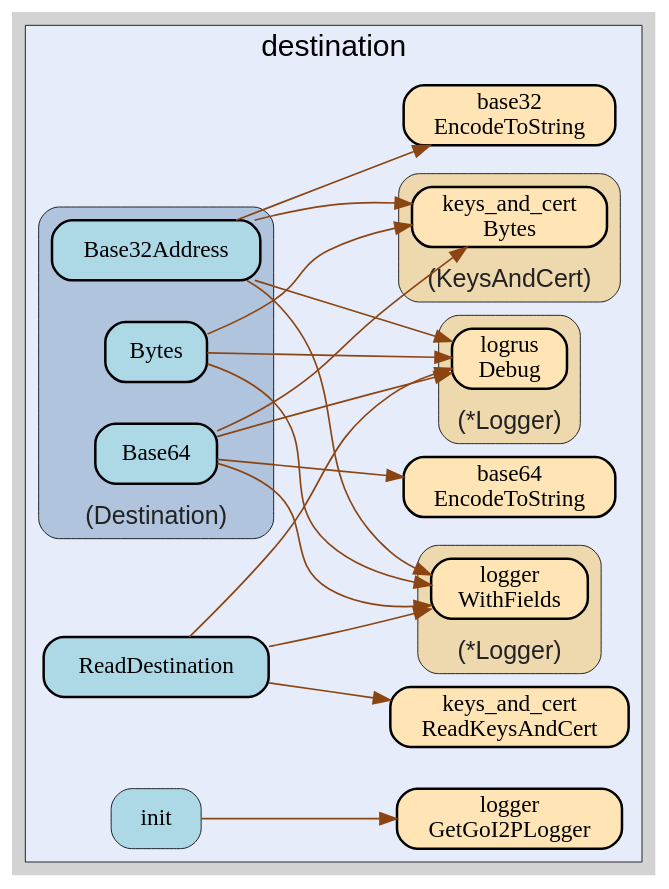
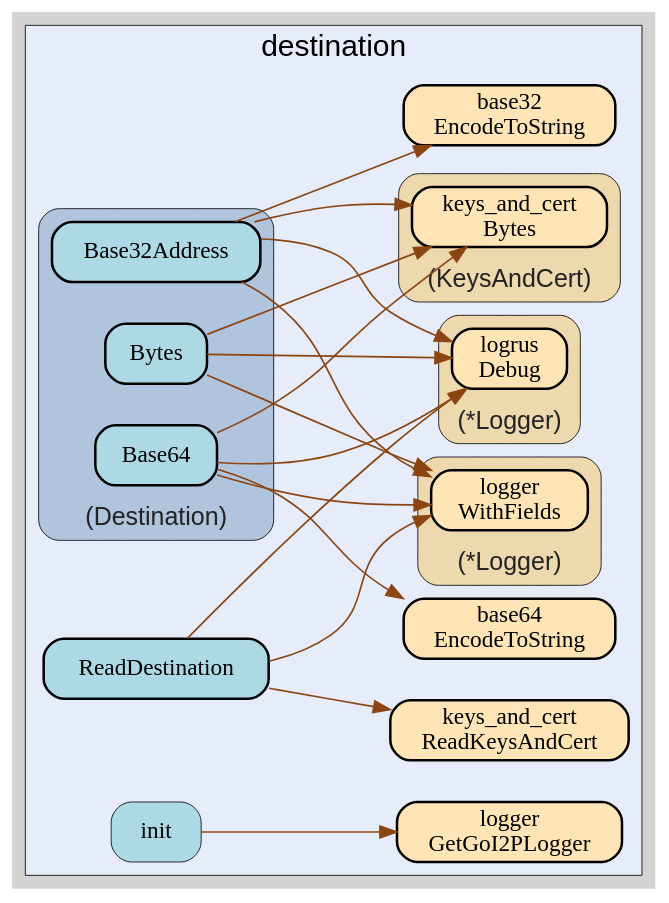
The diagram in destination/destination.gv (go-i2p/common), drawn with Graphviz before and after one commit. The commit also changed 46 other files, not shown here.

```diff
--- a/destination/destination.gv
+++ b/destination/destination.gv
@@ -14,66 +14,22 @@
     edge [minlen="2"]
 
     subgraph "cluster_focus" {
-        labelloc="t";
+        bgcolor="#e6ecfa";
+label="destination";
+labelloc="t";
 labeljust="c";
 fontsize="18";
-bgcolor="#e6ecfa";
-label="destination";
         
-        "github.com/go-i2p/common/destination.init" [ penwidth="0.5" tooltip="github.com/go-i2p/common/destination.init | defined in .:0\nat utils.go:9: calling [github.com/go-i2p/logger.GetGoI2PLogger]" fillcolor="lightblue" label="init" ]
-        "github.com/go-i2p/logger.GetGoI2PLogger" [ penwidth="1.5" tooltip="github.com/go-i2p/logger.GetGoI2PLogger | defined in log.go:120" fillcolor="moccasin" label="logger\nGetGoI2PLogger" ]
-        "github.com/go-i2p/common/base32.EncodeToString" [ fillcolor="moccasin" label="base32\nEncodeToString" penwidth="1.5" tooltip="github.com/go-i2p/common/base32.EncodeToString | defined in utils.go:5" ]
-        "github.com/go-i2p/common/destination.ReadDestination" [ fillcolor="lightblue" label="ReadDestination" penwidth="1.5" tooltip="github.com/go-i2p/common/destination.ReadDestination | defined in destination_struct.go:37\nat destination_struct.go:42: calling [github.com/go-i2p/common/keys_and_cert.ReadKeysAndCert]\nat destination_struct.go:38: calling [(*github.com/go-i2p/logger.Logger).WithFields]\nat destination_struct.go:47: calling [(*github.com/go-i2p/logger.Logger).WithFields]\nat destination_struct.go:40: calling [(*github.com/sirupsen/logrus.Logger).Debug]\nat destination_struct.go:49: calling [(*github.com/sirupsen/logrus.Logger).Debug]" ]
-        "github.com/go-i2p/common/keys_and_cert.ReadKeysAndCert" [ tooltip="github.com/go-i2p/common/keys_and_cert.ReadKeysAndCert | defined in keys_and_cert_struct.go:201" fillcolor="moccasin" label="keys_and_cert\nReadKeysAndCert" penwidth="1.5" ]
-        "github.com/go-i2p/common/base64.EncodeToString" [ label="base64\nEncodeToString" penwidth="1.5" tooltip="github.com/go-i2p/common/base64.EncodeToString | defined in utils.go:12" fillcolor="moccasin" ]
+        "github.com/go-i2p/common/base32.EncodeToString" [ fillcolor="moccasin" label="base32\nEncodeToString" penwidth="1.5" tooltip="github.com/go-i2p/common/base32.EncodeToString | defined in utils.go:8" ]
+        "github.com/go-i2p/common/destination.ReadDestination" [ fillcolor="lightblue" label="ReadDestination" penwidth="1.5" tooltip="github.com/go-i2p/common/destination.ReadDestination | defined in destination_struct.go:37\nat destination_struct.go:38: calling [(*github.com/go-i2p/logger.Logger).WithFields]\nat destination_struct.go:47: calling [(*github.com/go-i2p/logger.Logger).WithFields]\nat destination_struct.go:40: calling [(*github.com/sirupsen/logrus.Logger).Debug]\nat destination_struct.go:49: calling [(*github.com/sirupsen/logrus.Logger).Debug]\nat destination_struct.go:42: calling [github.com/go-i2p/common/keys_and_cert.ReadKeysAndCert]" ]
+        "github.com/go-i2p/common/keys_and_cert.ReadKeysAndCert" [ fillcolor="moccasin" label="keys_and_cert\nReadKeysAndCert" penwidth="1.5" tooltip="github.com/go-i2p/common/keys_and_cert.ReadKeysAndCert | defined in keys_and_cert_struct.go:201" ]
+        "github.com/go-i2p/common/base64.EncodeToString" [ penwidth="1.5" tooltip="github.com/go-i2p/common/base64.EncodeToString | defined in utils.go:22" fillcolor="moccasin" label="base64\nEncodeToString" ]
+        "github.com/go-i2p/common/destination.init" [ fillcolor="lightblue" label="init" penwidth="0.5" tooltip="github.com/go-i2p/common/destination.init | defined in .:0\nat utils.go:9: calling [github.com/go-i2p/logger.GetGoI2PLogger]" ]
+        "github.com/go-i2p/logger.GetGoI2PLogger" [ label="logger\nGetGoI2PLogger" penwidth="1.5" tooltip="github.com/go-i2p/logger.GetGoI2PLogger | defined in log.go:120" fillcolor="moccasin" ]
         
         subgraph "cluster_*github.com/go-i2p/logger.Logger" {
-        fontsize="15";
-fontcolor="#222222";
-labelloc="b";
-style="rounded,filled";
-fillcolor="wheat2";
-label="(*Logger)";
+        label="(*Logger)";
 tooltip="type: *github.com/go-i2p/logger.Logger";
-penwidth="0.5";
-        
-        "(*github.com/go-i2p/logger.Logger).WithFields" [ fillcolor="moccasin" label="logger\nWithFields" penwidth="1.5" tooltip="(*github.com/go-i2p/logger.Logger).WithFields | defined in log.go:60" ]
-        
-    }
-
-        subgraph "cluster_*github.com/sirupsen/logrus.Logger" {
-        fillcolor="wheat2";
-label="(*Logger)";
-tooltip="type: *github.com/sirupsen/logrus.Logger";
-penwidth="0.5";
-fontsize="15";
-fontcolor="#222222";
-labelloc="b";
-style="rounded,filled";
-        
-        "(*github.com/sirupsen/logrus.Logger).Debug" [ fillcolor="moccasin" label="logrus\nDebug" penwidth="1.5" tooltip="(*github.com/sirupsen/logrus.Logger).Debug | defined in logger.go:221" ]
-        
-    }
-
-        subgraph "cluster_github.com/go-i2p/common/destination.Destination" {
-        fontsize="15";
-labelloc="b";
-label="(Destination)";
-tooltip="type: github.com/go-i2p/common/destination.Destination";
-penwidth="0.5";
-fontcolor="#222222";
-style="rounded,filled";
-fillcolor="lightsteelblue";
-        
-        "(github.com/go-i2p/common/destination.Destination).Bytes" [ fillcolor="lightblue" label="Bytes" penwidth="1.5" tooltip="(github.com/go-i2p/common/destination.Destination).Bytes | defined in destination_struct.go:56\nat destination_struct.go:61: calling [(*github.com/go-i2p/logger.Logger).WithFields]\nat destination_struct.go:57: calling [(*github.com/sirupsen/logrus.Logger).Debug]\nat destination_struct.go:63: calling [(*github.com/sirupsen/logrus.Logger).Debug]\nat destination_struct.go:59: calling [(github.com/go-i2p/common/keys_and_cert.KeysAndCert).Bytes]" ]
-        "(github.com/go-i2p/common/destination.Destination).Base32Address" [ tooltip="(github.com/go-i2p/common/destination.Destination).Base32Address | defined in destination_struct.go:69\nat destination_struct.go:77: calling [(*github.com/go-i2p/logger.Logger).WithFields]\nat destination_struct.go:70: calling [(*github.com/sirupsen/logrus.Logger).Debug]\nat destination_struct.go:79: calling [(*github.com/sirupsen/logrus.Logger).Debug]\nat destination_struct.go:74: calling [github.com/go-i2p/common/base32.EncodeToString]\nat destination_struct.go:72: calling [(github.com/go-i2p/common/keys_and_cert.KeysAndCert).Bytes]" fillcolor="lightblue" label="Base32Address" penwidth="1.5" ]
-        "(github.com/go-i2p/common/destination.Destination).Base64" [ tooltip="(github.com/go-i2p/common/destination.Destination).Base64 | defined in destination_struct.go:85\nat destination_struct.go:88: calling [(github.com/go-i2p/common/keys_and_cert.KeysAndCert).Bytes]\nat destination_struct.go:86: calling [(*github.com/sirupsen/logrus.Logger).Debug]\nat destination_struct.go:93: calling [(*github.com/sirupsen/logrus.Logger).Debug]\nat destination_struct.go:89: calling [github.com/go-i2p/common/base64.EncodeToString]\nat destination_struct.go:91: calling [(*github.com/go-i2p/logger.Logger).WithFields]" fillcolor="lightblue" label="Base64" penwidth="1.5" ]
-        
-    }
-
-        subgraph "cluster_github.com/go-i2p/common/keys_and_cert.KeysAndCert" {
-        label="(KeysAndCert)";
-tooltip="type: github.com/go-i2p/common/keys_and_cert.KeysAndCert";
 penwidth="0.5";
 fontsize="15";
 fontcolor="#222222";
@@ -81,25 +37,69 @@
 style="rounded,filled";
 fillcolor="wheat2";
         
+        "(*github.com/go-i2p/logger.Logger).WithFields" [ fillcolor="moccasin" label="logger\nWithFields" penwidth="1.5" tooltip="(*github.com/go-i2p/logger.Logger).WithFields | defined in log.go:60" ]
+        
+    }
+
+        subgraph "cluster_*github.com/sirupsen/logrus.Logger" {
+        fontsize="15";
+fontcolor="#222222";
+labelloc="b";
+style="rounded,filled";
+fillcolor="wheat2";
+label="(*Logger)";
+tooltip="type: *github.com/sirupsen/logrus.Logger";
+penwidth="0.5";
+        
+        "(*github.com/sirupsen/logrus.Logger).Debug" [ fillcolor="moccasin" label="logrus\nDebug" penwidth="1.5" tooltip="(*github.com/sirupsen/logrus.Logger).Debug | defined in logger.go:221" ]
+        
+    }
+
+        subgraph "cluster_github.com/go-i2p/common/destination.Destination" {
+        penwidth="0.5";
+fontcolor="#222222";
+fillcolor="lightsteelblue";
+fontsize="15";
+labelloc="b";
+style="rounded,filled";
+label="(Destination)";
+tooltip="type: github.com/go-i2p/common/destination.Destination";
+        
+        "(github.com/go-i2p/common/destination.Destination).Base32Address" [ fillcolor="lightblue" label="Base32Address" penwidth="1.5" tooltip="(github.com/go-i2p/common/destination.Destination).Base32Address | defined in destination_struct.go:69\nat destination_struct.go:77: calling [(*github.com/go-i2p/logger.Logger).WithFields]\nat destination_struct.go:70: calling [(*github.com/sirupsen/logrus.Logger).Debug]\nat destination_struct.go:79: calling [(*github.com/sirupsen/logrus.Logger).Debug]\nat destination_struct.go:72: calling [(github.com/go-i2p/common/keys_and_cert.KeysAndCert).Bytes]\nat destination_struct.go:74: calling [github.com/go-i2p/common/base32.EncodeToString]" ]
+        "(github.com/go-i2p/common/destination.Destination).Base64" [ label="Base64" penwidth="1.5" tooltip="(github.com/go-i2p/common/destination.Destination).Base64 | defined in destination_struct.go:85\nat destination_struct.go:88: calling [(github.com/go-i2p/common/keys_and_cert.KeysAndCert).Bytes]\nat destination_struct.go:91: calling [(*github.com/go-i2p/logger.Logger).WithFields]\nat destination_struct.go:89: calling [github.com/go-i2p/common/base64.EncodeToString]\nat destination_struct.go:86: calling [(*github.com/sirupsen/logrus.Logger).Debug]\nat destination_struct.go:93: calling [(*github.com/sirupsen/logrus.Logger).Debug]" fillcolor="lightblue" ]
+        "(github.com/go-i2p/common/destination.Destination).Bytes" [ fillcolor="lightblue" label="Bytes" penwidth="1.5" tooltip="(github.com/go-i2p/common/destination.Destination).Bytes | defined in destination_struct.go:56\nat destination_struct.go:61: calling [(*github.com/go-i2p/logger.Logger).WithFields]\nat destination_struct.go:57: calling [(*github.com/sirupsen/logrus.Logger).Debug]\nat destination_struct.go:63: calling [(*github.com/sirupsen/logrus.Logger).Debug]\nat destination_struct.go:59: calling [(github.com/go-i2p/common/keys_and_cert.KeysAndCert).Bytes]" ]
+        
+    }
+
+        subgraph "cluster_github.com/go-i2p/common/keys_and_cert.KeysAndCert" {
+        labelloc="b";
+style="rounded,filled";
+fillcolor="wheat2";
+label="(KeysAndCert)";
+tooltip="type: github.com/go-i2p/common/keys_and_cert.KeysAndCert";
+penwidth="0.5";
+fontsize="15";
+fontcolor="#222222";
+        
         "(github.com/go-i2p/common/keys_and_cert.KeysAndCert).Bytes" [ fillcolor="moccasin" label="keys_and_cert\nBytes" penwidth="1.5" tooltip="(github.com/go-i2p/common/keys_and_cert.KeysAndCert).Bytes | defined in keys_and_cert_struct.go:146" ]
         
     }
 
     }
 
+    "(github.com/go-i2p/common/destination.Destination).Base32Address" -> "(*github.com/go-i2p/logger.Logger).WithFields" [ color="saddlebrown" tooltip="at destination_struct.go:77: calling [(*github.com/go-i2p/logger.Logger).WithFields]" ]
+    "github.com/go-i2p/common/destination.ReadDestination" -> "(*github.com/go-i2p/logger.Logger).WithFields" [ color="saddlebrown" tooltip="at destination_struct.go:38: calling [(*github.com/go-i2p/logger.Logger).WithFields]\nat destination_struct.go:47: calling [(*github.com/go-i2p/logger.Logger).WithFields]" ]
+    "github.com/go-i2p/common/destination.ReadDestination" -> "(*github.com/sirupsen/logrus.Logger).Debug" [ color="saddlebrown" tooltip="at destination_struct.go:40: calling [(*github.com/sirupsen/logrus.Logger).Debug]\nat destination_struct.go:49: calling [(*github.com/sirupsen/logrus.Logger).Debug]" ]
+    "(github.com/go-i2p/common/destination.Destination).Base64" -> "(github.com/go-i2p/common/keys_and_cert.KeysAndCert).Bytes" [ color="saddlebrown" tooltip="at destination_struct.go:88: calling [(github.com/go-i2p/common/keys_and_cert.KeysAndCert).Bytes]" ]
+    "(github.com/go-i2p/common/destination.Destination).Base64" -> "(*github.com/go-i2p/logger.Logger).WithFields" [ color="saddlebrown" tooltip="at destination_struct.go:91: calling [(*github.com/go-i2p/logger.Logger).WithFields]" ]
     "github.com/go-i2p/common/destination.ReadDestination" -> "github.com/go-i2p/common/keys_and_cert.ReadKeysAndCert" [ color="saddlebrown" tooltip="at destination_struct.go:42: calling [github.com/go-i2p/common/keys_and_cert.ReadKeysAndCert]" ]
-    "(github.com/go-i2p/common/destination.Destination).Base64" -> "(github.com/go-i2p/common/keys_and_cert.KeysAndCert).Bytes" [ color="saddlebrown" tooltip="at destination_struct.go:88: calling [(github.com/go-i2p/common/keys_and_cert.KeysAndCert).Bytes]" ]
+    "(github.com/go-i2p/common/destination.Destination).Base64" -> "github.com/go-i2p/common/base64.EncodeToString" [ tooltip="at destination_struct.go:89: calling [github.com/go-i2p/common/base64.EncodeToString]" color="saddlebrown" ]
     "(github.com/go-i2p/common/destination.Destination).Bytes" -> "(*github.com/go-i2p/logger.Logger).WithFields" [ color="saddlebrown" tooltip="at destination_struct.go:61: calling [(*github.com/go-i2p/logger.Logger).WithFields]" ]
-    "(github.com/go-i2p/common/destination.Destination).Base32Address" -> "(*github.com/go-i2p/logger.Logger).WithFields" [ color="saddlebrown" tooltip="at destination_struct.go:77: calling [(*github.com/go-i2p/logger.Logger).WithFields]" ]
-    "(github.com/go-i2p/common/destination.Destination).Base64" -> "(*github.com/sirupsen/logrus.Logger).Debug" [ tooltip="at destination_struct.go:86: calling [(*github.com/sirupsen/logrus.Logger).Debug]\nat destination_struct.go:93: calling [(*github.com/sirupsen/logrus.Logger).Debug]" color="saddlebrown" ]
     "(github.com/go-i2p/common/destination.Destination).Bytes" -> "(*github.com/sirupsen/logrus.Logger).Debug" [ color="saddlebrown" tooltip="at destination_struct.go:57: calling [(*github.com/sirupsen/logrus.Logger).Debug]\nat destination_struct.go:63: calling [(*github.com/sirupsen/logrus.Logger).Debug]" ]
-    "github.com/go-i2p/common/destination.ReadDestination" -> "(*github.com/go-i2p/logger.Logger).WithFields" [ color="saddlebrown" tooltip="at destination_struct.go:38: calling [(*github.com/go-i2p/logger.Logger).WithFields]\nat destination_struct.go:47: calling [(*github.com/go-i2p/logger.Logger).WithFields]" ]
-    "(github.com/go-i2p/common/destination.Destination).Base64" -> "github.com/go-i2p/common/base64.EncodeToString" [ color="saddlebrown" tooltip="at destination_struct.go:89: calling [github.com/go-i2p/common/base64.EncodeToString]" ]
     "(github.com/go-i2p/common/destination.Destination).Base32Address" -> "(*github.com/sirupsen/logrus.Logger).Debug" [ color="saddlebrown" tooltip="at destination_struct.go:70: calling [(*github.com/sirupsen/logrus.Logger).Debug]\nat destination_struct.go:79: calling [(*github.com/sirupsen/logrus.Logger).Debug]" ]
+    "(github.com/go-i2p/common/destination.Destination).Base32Address" -> "(github.com/go-i2p/common/keys_and_cert.KeysAndCert).Bytes" [ color="saddlebrown" tooltip="at destination_struct.go:72: calling [(github.com/go-i2p/common/keys_and_cert.KeysAndCert).Bytes]" ]
     "(github.com/go-i2p/common/destination.Destination).Base32Address" -> "github.com/go-i2p/common/base32.EncodeToString" [ color="saddlebrown" tooltip="at destination_struct.go:74: calling [github.com/go-i2p/common/base32.EncodeToString]" ]
-    "(github.com/go-i2p/common/destination.Destination).Base64" -> "(*github.com/go-i2p/logger.Logger).WithFields" [ color="saddlebrown" tooltip="at destination_struct.go:91: calling [(*github.com/go-i2p/logger.Logger).WithFields]" ]
+    "(github.com/go-i2p/common/destination.Destination).Base64" -> "(*github.com/sirupsen/logrus.Logger).Debug" [ color="saddlebrown" tooltip="at destination_struct.go:86: calling [(*github.com/sirupsen/logrus.Logger).Debug]\nat destination_struct.go:93: calling [(*github.com/sirupsen/logrus.Logger).Debug]" ]
     "github.com/go-i2p/common/destination.init" -> "github.com/go-i2p/logger.GetGoI2PLogger" [ color="saddlebrown" tooltip="at utils.go:9: calling [github.com/go-i2p/logger.GetGoI2PLogger]" ]
     "(github.com/go-i2p/common/destination.Destination).Bytes" -> "(github.com/go-i2p/common/keys_and_cert.KeysAndCert).Bytes" [ color="saddlebrown" tooltip="at destination_struct.go:59: calling [(github.com/go-i2p/common/keys_and_cert.KeysAndCert).Bytes]" ]
-    "(github.com/go-i2p/common/destination.Destination).Base32Address" -> "(github.com/go-i2p/common/keys_and_cert.KeysAndCert).Bytes" [ color="saddlebrown" tooltip="at destination_struct.go:72: calling [(github.com/go-i2p/common/keys_and_cert.KeysAndCert).Bytes]" ]
-    "github.com/go-i2p/common/destination.ReadDestination" -> "(*github.com/sirupsen/logrus.Logger).Debug" [ color="saddlebrown" tooltip="at destination_struct.go:40: calling [(*github.com/sirupsen/logrus.Logger).Debug]\nat destination_struct.go:49: calling [(*github.com/sirupsen/logrus.Logger).Debug]" ]
 }
```
